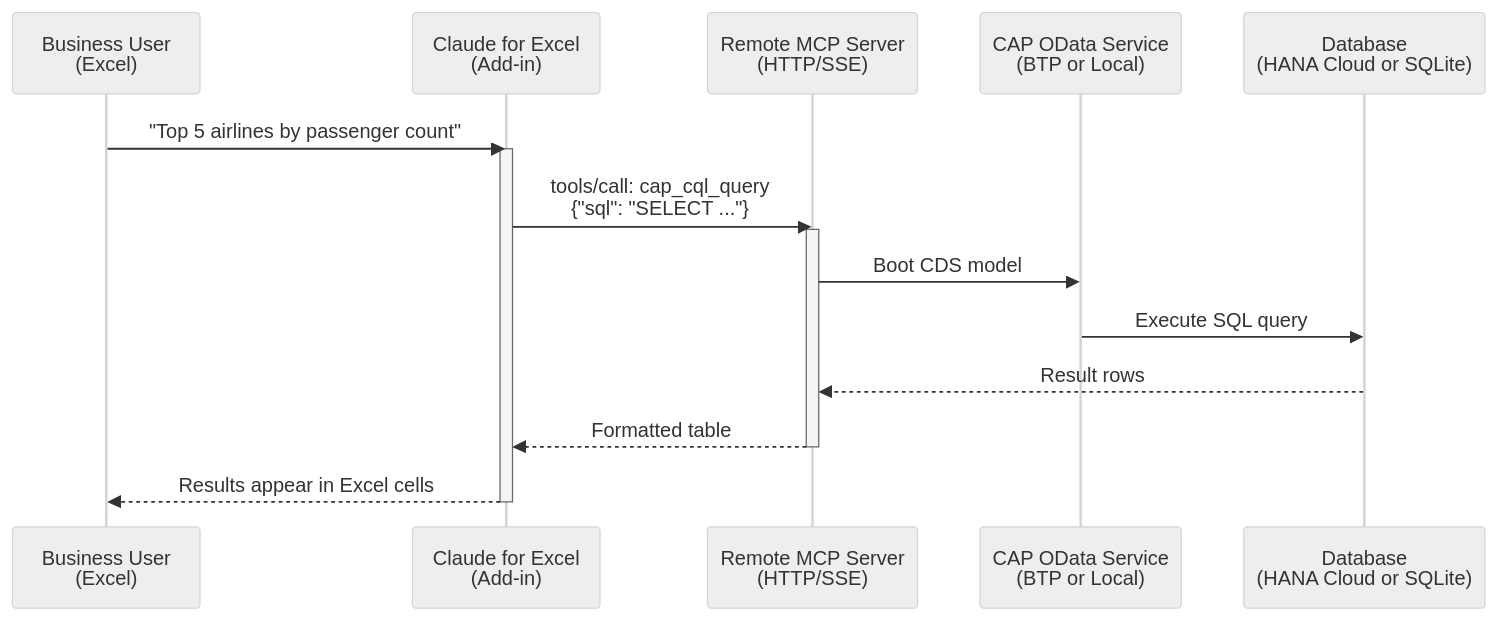
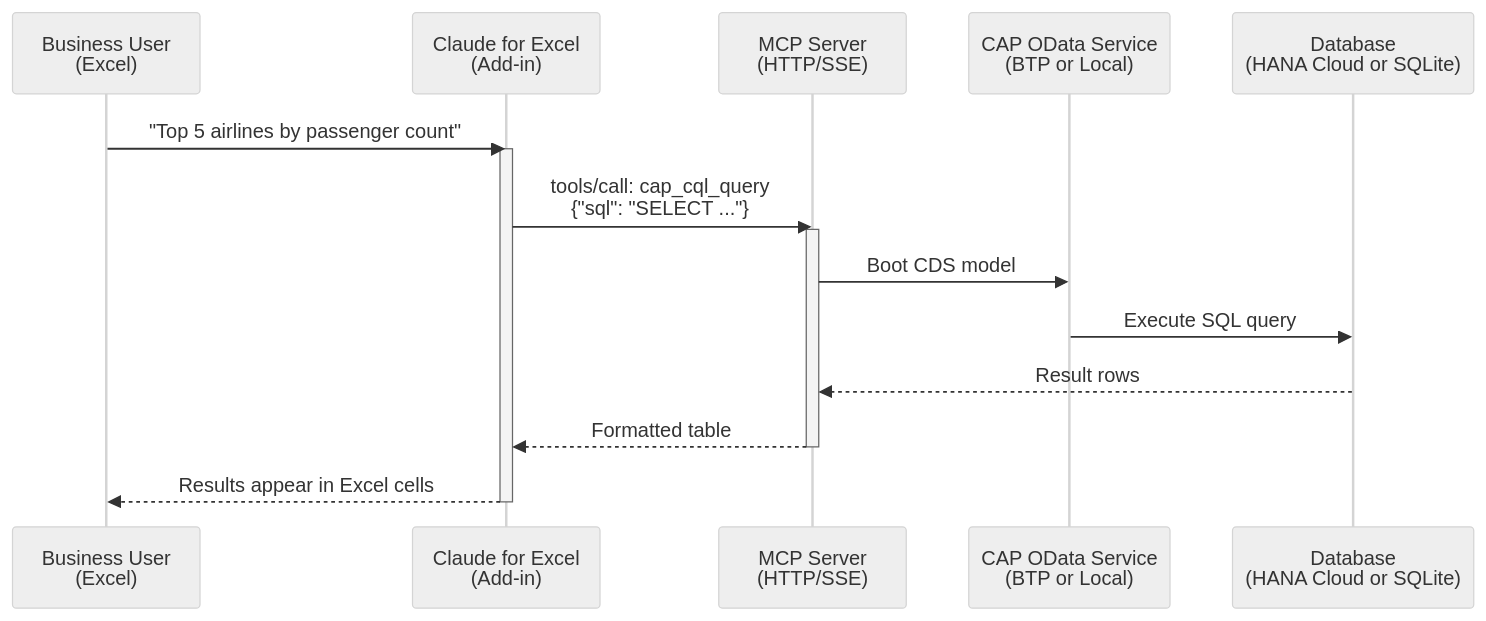
The diagram in docs/claude-for-excel.md (MindsetConsulting/sflight-mcp), drawn with Mermaid (neutral theme) before and after one commit. The commit also changed other lines of this file and 4 other files, not shown here.

````diff
--- a/docs/claude-for-excel.md
+++ b/docs/claude-for-excel.md
@@ -28,20 +30,20 @@
 ```mermaid
 sequenceDiagram
     participant User as Business User<br/>(Excel)
     participant Claude as Claude for Excel<br/>(Add-in)
-    participant MCP as Remote MCP Server<br/>(HTTP/SSE)
+    participant MCP as MCP Server<br/>(HTTP/SSE)
     participant CAP as CAP OData Service<br/>(BTP or Local)
     participant DB as Database<br/>(HANA Cloud or SQLite)
 
     User->>Claude: "Top 5 airlines by passenger count"
     activate Claude
     Claude->>MCP: tools/call: cap_cql_query<br/>{"sql": "SELECT ..."}
     activate MCP
     MCP->>CAP: Boot CDS model
     CAP->>DB: Execute SQL query
     DB-->>MCP: Result rows
     MCP-->>Claude: Formatted table
     deactivate MCP
     Claude-->>User: Results appear in Excel cells
     deactivate Claude
 ```
````
